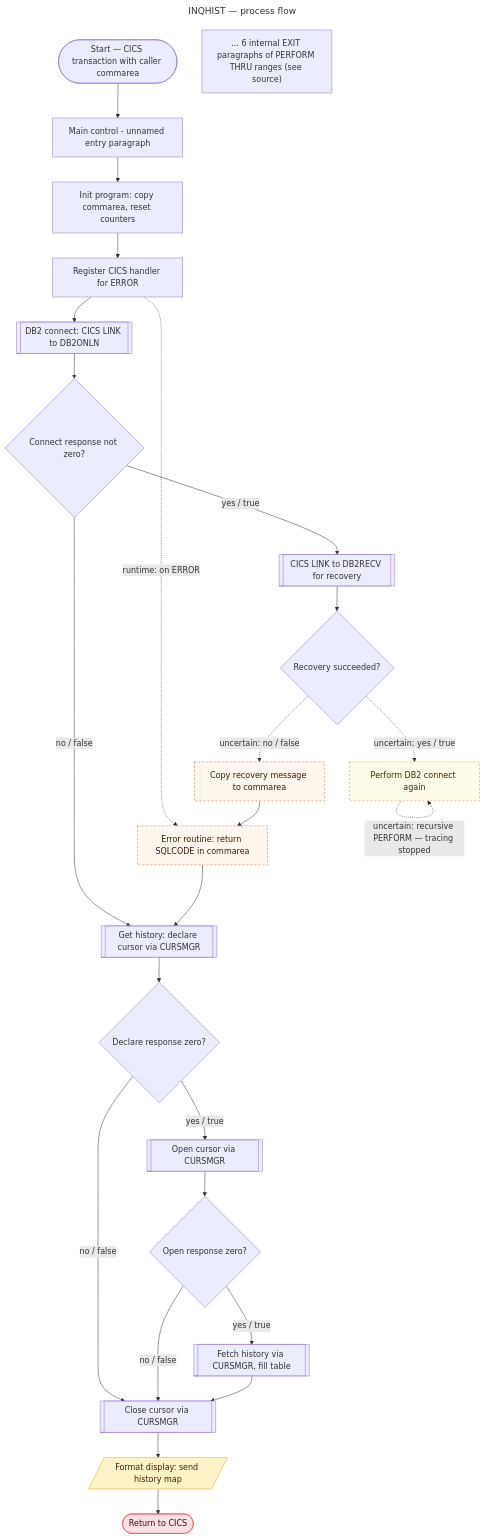
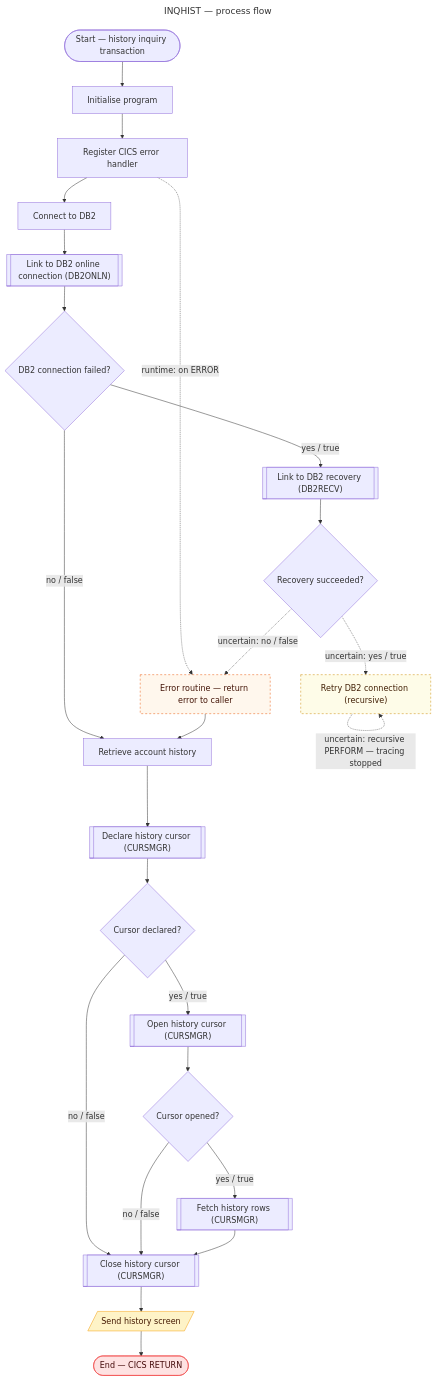
The diagram in output/diagram/diagrams/flow_INQHIST.mmd (vighnasreevara/REVFORGE-Harness), drawn with Mermaid before and after one commit. The commit also changed 352 other files, not shown here.

```diff
--- a/output/diagram/diagrams/flow_INQHIST.mmd
+++ b/output/diagram/diagrams/flow_INQHIST.mmd
@@ -1,91 +1,86 @@
 ---
 title: INQHIST — process flow
 ---
 flowchart TD
   %% Generated by 6_diagram agent — sequence-builder skill
-  %% Program: INQHIST (online CICS) — 13 paragraphs, 2 business rules (both footnote)
-  %% Logic status: partial (recursive PERFORM, unresolved WS-DB2-TOKEN and SQLCODE)
-  %% Size management: 6 no-op EXIT paragraphs of PERFORM THRU ranges collapsed into SUMMARY (truncated)
+  %% Program: INQHIST (online, CICS) — 13 paragraphs, 2 business rules (both medium, see footnote)
+  %% Logic status: partial — recursive DB2 reconnect path stopped by Agent 4
+  %% EXIT-only paragraphs of PERFORM THRU ranges are shown inside their range node
   %% Edges: solid = confirmed; -.-> runtime:/uncertain: = uncertain; -.-> ? = unsupported
-  %% REVFORGE-ID FILE file_id=SYS-PORTFOLIO-001-FIL-0063 path_id=SYS-PORTFOLIO-001-PATH-0063
 
-  classDef io        fill:#fef3c7,stroke:#f59e0b,color:#451a03
-  classDef terminal  fill:#fee2e2,stroke:#ef4444,color:#450a0a
-  classDef runtime   fill:#fff7ed,stroke:#ea580c,color:#431407,stroke-dasharray:4 4
-  classDef recursion fill:#fefce8,stroke:#ca8a04,color:#422006,stroke-dasharray:4 4
+  classDef rule       fill:#ede9fe,stroke:#7c3aed,color:#2e1065
+  classDef io         fill:#fef3c7,stroke:#f59e0b,color:#451a03
+  classDef terminal   fill:#fee2e2,stroke:#ef4444,color:#450a0a
+  classDef deadCode   fill:#f3f4f6,stroke:#9ca3af,color:#9ca3af,stroke-dasharray:5 5
+  classDef loop       fill:#d1fae5,stroke:#10b981,color:#064e3b
+  classDef runtime    fill:#fff7ed,stroke:#ea580c,color:#431407,stroke-dasharray:4 4
+  classDef recursion  fill:#fefce8,stroke:#ca8a04,color:#422006,stroke-dasharray:4 4
+  classDef unresolved fill:#ffffff,stroke:#dc2626,color:#7f1d1d,stroke-dasharray:2 2
 
-  START(["Start — CICS transaction with caller commarea"])
-  PARA_UNNAMED["Main control - unnamed entry paragraph"]
-  PARA_P100["Init program: copy commarea, reset counters"]
-  HANDLE_REG["Register CICS handler for ERROR"]
-  PARA_P150[["DB2 connect: CICS LINK to DB2ONLN"]]
-  DEC_DB2{"Connect response not zero?"}
-  LINK_RECV[["CICS LINK to DB2RECV for recovery"]]
+  START(["Start — history inquiry transaction"])
+  PARA_P100["Initialise program"]
+  REG_ERR["Register CICS error handler"]
+  PARA_P150["Connect to DB2"]
+  CALL_DB2ONLN[["Link to DB2 online connection (DB2ONLN)"]]
+  DEC_CONN{"DB2 connection failed?"}
+  CALL_DB2RECV[["Link to DB2 recovery (DB2RECV)"]]
   DEC_RECV{"Recovery succeeded?"}
-  RECUR_P150["Perform DB2 connect again"]:::recursion
-  RECV_FAIL["Copy recovery message to commarea"]:::runtime
-  PARA_P999["Error routine: return SQLCODE in commarea"]:::runtime
-  PARA_P200[["Get history: declare cursor via CURSMGR"]]
-  DEC_DECL{"Declare response zero?"}
-  OPEN_CUR[["Open cursor via CURSMGR"]]
-  DEC_OPEN{"Open response zero?"}
-  PARA_P250[["Fetch history via CURSMGR, fill table"]]
-  CLOSE_CUR[["Close cursor via CURSMGR"]]
-  PARA_P300[/"Format display: send history map"/]:::io
-  TERMINAL(["Return to CICS"]):::terminal
-  SUMMARY["... 6 internal EXIT paragraphs of PERFORM THRU ranges (see source)"]
+  RECUR_P150["Retry DB2 connection (recursive)"]:::recursion
+  PARA_P999["Error routine — return error to caller"]:::runtime
+  PARA_P200["Retrieve account history"]
+  CALL_DECL[["Declare history cursor (CURSMGR)"]]
+  DEC_DECL{"Cursor declared?"}
+  CALL_OPEN[["Open history cursor (CURSMGR)"]]
+  DEC_OPEN{"Cursor opened?"}
+  PARA_P250[["Fetch history rows (CURSMGR)"]]
+  CALL_CLOSE[["Close history cursor (CURSMGR)"]]
+  IO_SEND[/"Send history screen"/]:::io
+  TERMINAL(["End — CICS RETURN"]):::terminal
 
-  %% REVFORGE-ID START paragraph_id=null statement_id=null
-  %% REVFORGE-ID PARA_UNNAMED paragraph_id=SYS-PORTFOLIO-001-FIL-0063-PAR-0001 statement_id=null
+  START --> PARA_P100
+  PARA_P100 --> REG_ERR
+  REG_ERR -.->|runtime: on ERROR| PARA_P999
+  REG_ERR --> PARA_P150
+  PARA_P150 --> CALL_DB2ONLN
+  CALL_DB2ONLN --> DEC_CONN
+  DEC_CONN -->|yes / true| CALL_DB2RECV
+  DEC_CONN -->|no / false| PARA_P200
+  CALL_DB2RECV --> DEC_RECV
+  DEC_RECV -.->|uncertain: yes / true| RECUR_P150
+  RECUR_P150 -.->|uncertain: recursive PERFORM — tracing stopped| RECUR_P150
+  DEC_RECV -.->|uncertain: no / false| PARA_P999
+  PARA_P999 --> PARA_P200
+  PARA_P200 --> CALL_DECL
+  CALL_DECL --> DEC_DECL
+  DEC_DECL -->|yes / true| CALL_OPEN
+  DEC_DECL -->|no / false| CALL_CLOSE
+  CALL_OPEN --> DEC_OPEN
+  DEC_OPEN -->|yes / true| PARA_P250
+  DEC_OPEN -->|no / false| CALL_CLOSE
+  PARA_P250 --> CALL_CLOSE
+  CALL_CLOSE --> IO_SEND
+  IO_SEND --> TERMINAL
+
+  %% REVFORGE-ID START paragraph_id=SYS-PORTFOLIO-001-FIL-0063-PAR-0001 statement_id=null
   %% REVFORGE-ID PARA_P100 paragraph_id=SYS-PORTFOLIO-001-FIL-0063-PAR-0002 statement_id=SYS-PORTFOLIO-001-FIL-0063-STMT-000001
-  %% REVFORGE-ID HANDLE_REG paragraph_id=SYS-PORTFOLIO-001-FIL-0063-PAR-0002 statement_id=SYS-PORTFOLIO-001-FIL-0063-STMT-000008
+  %% REVFORGE-ID REG_ERR paragraph_id=SYS-PORTFOLIO-001-FIL-0063-PAR-0002 statement_id=SYS-PORTFOLIO-001-FIL-0063-STMT-000008
   %% REVFORGE-ID PARA_P150 paragraph_id=SYS-PORTFOLIO-001-FIL-0063-PAR-0004 statement_id=SYS-PORTFOLIO-001-FIL-0063-STMT-000009
-  %% REVFORGE-ID DEC_DB2 paragraph_id=SYS-PORTFOLIO-001-FIL-0063-PAR-0004 statement_id=SYS-PORTFOLIO-001-FIL-0063-STMT-000013 field_id=SYS-PORTFOLIO-001-FIL-0063-FLD-000013
-  %% REVFORGE-ID LINK_RECV paragraph_id=SYS-PORTFOLIO-001-FIL-0063-PAR-0004 statement_id=SYS-PORTFOLIO-001-FIL-0063-STMT-000035
-  %% REVFORGE-ID DEC_RECV paragraph_id=SYS-PORTFOLIO-001-FIL-0063-PAR-0004 statement_id=SYS-PORTFOLIO-001-FIL-0063-STMT-000036 field_id=SYS-PORTFOLIO-001-FIL-0063-FLD-000033
+  %% REVFORGE-ID CALL_DB2ONLN paragraph_id=SYS-PORTFOLIO-001-FIL-0063-PAR-0004 statement_id=SYS-PORTFOLIO-001-FIL-0063-STMT-000012
+  %% REVFORGE-ID DEC_CONN paragraph_id=SYS-PORTFOLIO-001-FIL-0063-PAR-0004 statement_id=SYS-PORTFOLIO-001-FIL-0063-STMT-000013
+  %% REVFORGE-ID CALL_DB2RECV paragraph_id=SYS-PORTFOLIO-001-FIL-0063-PAR-0004 statement_id=SYS-PORTFOLIO-001-FIL-0063-STMT-000035
+  %% REVFORGE-ID DEC_RECV paragraph_id=SYS-PORTFOLIO-001-FIL-0063-PAR-0004 statement_id=SYS-PORTFOLIO-001-FIL-0063-STMT-000036
   %% REVFORGE-ID RECUR_P150 paragraph_id=SYS-PORTFOLIO-001-FIL-0063-PAR-0004 statement_id=SYS-PORTFOLIO-001-FIL-0063-STMT-000043
-  %% REVFORGE-ID RECV_FAIL paragraph_id=SYS-PORTFOLIO-001-FIL-0063-PAR-0004 statement_id=SYS-PORTFOLIO-001-FIL-0063-STMT-000041
   %% REVFORGE-ID PARA_P999 paragraph_id=SYS-PORTFOLIO-001-FIL-0063-PAR-0012 statement_id=SYS-PORTFOLIO-001-FIL-0063-STMT-000042
   %% REVFORGE-ID PARA_P200 paragraph_id=SYS-PORTFOLIO-001-FIL-0063-PAR-0006 statement_id=SYS-PORTFOLIO-001-FIL-0063-STMT-000002
-  %% REVFORGE-ID DEC_DECL paragraph_id=SYS-PORTFOLIO-001-FIL-0063-PAR-0006 statement_id=SYS-PORTFOLIO-001-FIL-0063-STMT-000019 field_id=SYS-PORTFOLIO-001-FIL-0063-FLD-000022
-  %% REVFORGE-ID OPEN_CUR paragraph_id=SYS-PORTFOLIO-001-FIL-0063-PAR-0006 statement_id=SYS-PORTFOLIO-001-FIL-0063-STMT-000038
-  %% REVFORGE-ID DEC_OPEN paragraph_id=SYS-PORTFOLIO-001-FIL-0063-PAR-0006 statement_id=SYS-PORTFOLIO-001-FIL-0063-STMT-000039 field_id=SYS-PORTFOLIO-001-FIL-0063-FLD-000022
-  %% REVFORGE-ID PARA_P250 paragraph_id=SYS-PORTFOLIO-001-FIL-0063-PAR-0008 statement_id=SYS-PORTFOLIO-001-FIL-0063-STMT-000044
-  %% REVFORGE-ID CLOSE_CUR paragraph_id=SYS-PORTFOLIO-001-FIL-0063-PAR-0006 statement_id=SYS-PORTFOLIO-001-FIL-0063-STMT-000021
-  %% REVFORGE-ID PARA_P300 paragraph_id=SYS-PORTFOLIO-001-FIL-0063-PAR-0010 statement_id=SYS-PORTFOLIO-001-FIL-0063-STMT-000003
+  %% REVFORGE-ID CALL_DECL paragraph_id=SYS-PORTFOLIO-001-FIL-0063-PAR-0006 statement_id=SYS-PORTFOLIO-001-FIL-0063-STMT-000018
+  %% REVFORGE-ID DEC_DECL paragraph_id=SYS-PORTFOLIO-001-FIL-0063-PAR-0006 statement_id=SYS-PORTFOLIO-001-FIL-0063-STMT-000019
+  %% REVFORGE-ID CALL_OPEN paragraph_id=SYS-PORTFOLIO-001-FIL-0063-PAR-0006 statement_id=SYS-PORTFOLIO-001-FIL-0063-STMT-000038
+  %% REVFORGE-ID DEC_OPEN paragraph_id=SYS-PORTFOLIO-001-FIL-0063-PAR-0006 statement_id=SYS-PORTFOLIO-001-FIL-0063-STMT-000039
+  %% REVFORGE-ID PARA_P250 paragraph_id=SYS-PORTFOLIO-001-FIL-0063-PAR-0008 statement_id=SYS-PORTFOLIO-001-FIL-0063-STMT-000024
+  %% REVFORGE-ID CALL_CLOSE paragraph_id=SYS-PORTFOLIO-001-FIL-0063-PAR-0006 statement_id=SYS-PORTFOLIO-001-FIL-0063-STMT-000021
+  %% REVFORGE-ID IO_SEND paragraph_id=SYS-PORTFOLIO-001-FIL-0063-PAR-0010 statement_id=SYS-PORTFOLIO-001-FIL-0063-STMT-000027
   %% REVFORGE-ID TERMINAL paragraph_id=SYS-PORTFOLIO-001-FIL-0063-PAR-0001 statement_id=SYS-PORTFOLIO-001-FIL-0063-STMT-000004
-  %% REVFORGE-ID SUMMARY paragraph_id=null statement_id=null (collapsed: PAR-0003, PAR-0005, PAR-0007, PAR-0009, PAR-0011, PAR-0013)
 
-  START --> PARA_UNNAMED
-  PARA_UNNAMED --> PARA_P100
-  PARA_P100 --> HANDLE_REG
-  HANDLE_REG --> PARA_P150
-  HANDLE_REG -.->|runtime: on ERROR| PARA_P999
-  PARA_P150 --> DEC_DB2
-  DEC_DB2 -->|yes / true| LINK_RECV
-  DEC_DB2 -->|no / false| PARA_P200
-  LINK_RECV --> DEC_RECV
-  DEC_RECV -.->|uncertain: yes / true| RECUR_P150
-  RECUR_P150 -.->|uncertain: recursive PERFORM — tracing stopped| RECUR_P150
-  DEC_RECV -.->|uncertain: no / false| RECV_FAIL
-  RECV_FAIL --> PARA_P999
-  PARA_P999 --> PARA_P200
-  PARA_P200 --> DEC_DECL
-  DEC_DECL -->|yes / true| OPEN_CUR
-  DEC_DECL -->|no / false| CLOSE_CUR
-  OPEN_CUR --> DEC_OPEN
-  DEC_OPEN -->|yes / true| PARA_P250
-  DEC_OPEN -->|no / false| CLOSE_CUR
-  PARA_P250 --> CLOSE_CUR
-  CLOSE_CUR --> PARA_P300
-  PARA_P300 --> TERMINAL
-
-  %% All PERFORMs here are PERFORM ... THRU ranges (7, unstructured flow); each range ends in a no-op EXIT paragraph (collapsed into SUMMARY).
-  %% HANDLE CONDITION ERROR (STMT-000008) is a runtime handler only. PARA_P999 to PARA_P200 is the return of PERFORM P999 THRU P999-EXIT (STMT-000042); after a runtime ERROR transfer there is no return point.
-  %% Recursive PERFORM P150-DB2-CONNECT THRU P150-EXIT (STMT-000043, Agent 4 unresolvable path, circular_perform): tracing stopped; no further steps drawn.
-  %% After the connect IF, P150 moves DB2-CONNECTION-TOKEN to WS-DB2-TOKEN (STMT-000014); WS-DB2-TOKEN is unresolved (no Field ID). SQLCODE in P999 is unresolved (no Field ID).
-  %% Unresolved names (no Field ID): INQCOM-ERROR-MSG OF WS-COMMAREA, INQCOM-RESPONSE-CODE OF WS-COMMAREA (invalid qualification), WS-DB2-TOKEN, SQLCODE.
-  %% P250 keeps the fetched data only when the fetch response is not negative (STMT-000025).
   %% Low-confidence rules not shown inline:
-  %% BR-053 (medium): Retry the history inquiry DB2 connection after successful recovery — see paragraph P150-DB2-CONNECT, decision DEC_RECV · SME review
-  %% BR-136 (low) ⚠: Handle recovery status failed or retry — 88-levels of RECV-STATUS, no paragraph · SME review
+  %% BR-070 (medium): Handle online DB2 connection failure by requesting DB2 recovery — see paragraph P150-DB2-CONNECT
+  %% BR-071 (medium): Handle DB2 recovery result in history inquiry — see paragraph P150-DB2-CONNECT · SME review
```
